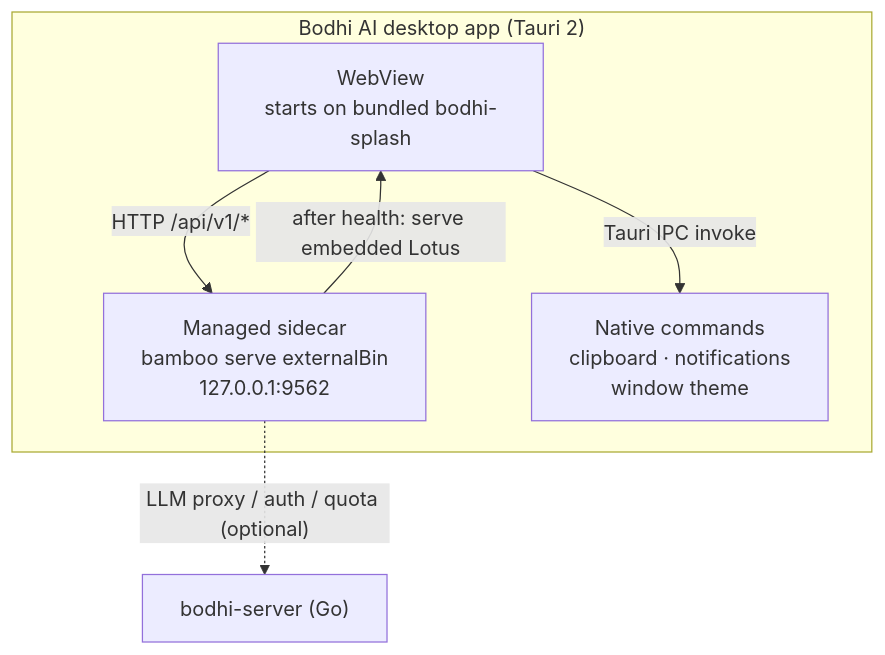
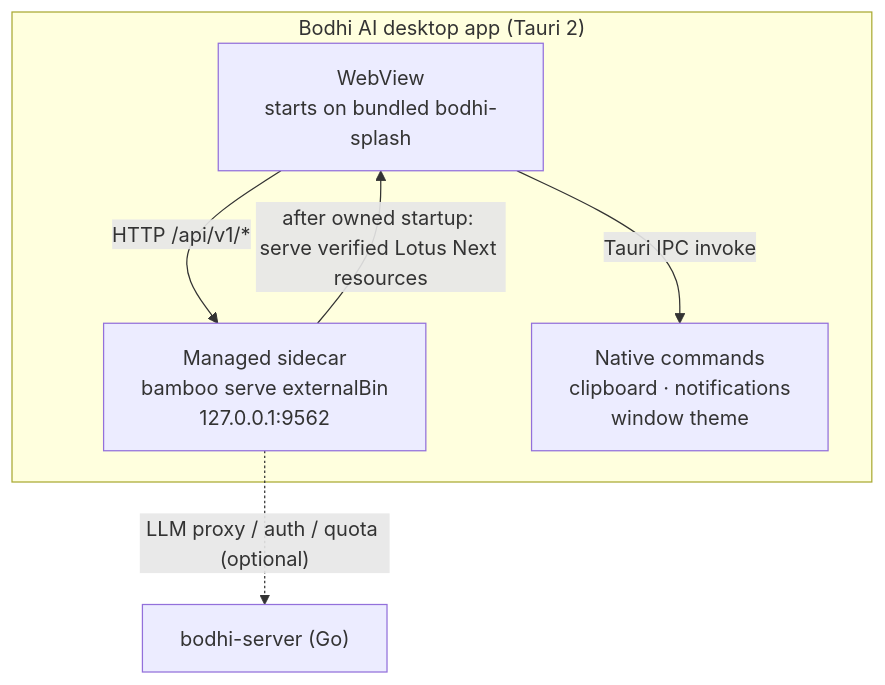
Before and after one commit to bigduu/Bodhi-AI: the diagram in README.md, drawn with Mermaid. The commit also changed other lines of this file and 14 other files, not shown here.

First line of the commit message:
feat: default local Bodhi builds to verified Lotus Next (#62) (#63)

````diff
--- a/README.md
+++ b/README.md
@@ -39,12 +39,12 @@
 ```mermaid
 graph TD
   subgraph Desktop["Bodhi AI desktop app (Tauri 2)"]
     W["WebView<br/>starts on bundled bodhi-splash"]
     E["Managed sidecar<br/>bamboo serve externalBin<br/>127.0.0.1:9562"]
     N["Native commands<br/>clipboard · notifications<br/>window theme"]
-    E -- "after health: serve embedded Lotus" --> W
+    E -- "after owned startup: serve verified Lotus Next resources" --> W
     W -- "HTTP /api/v1/*" --> E
     W -- "Tauri IPC invoke" --> N
   end
   E -. "LLM proxy / auth / quota (optional)" .-> S["bodhi-server (Go)"]
 ```
````
